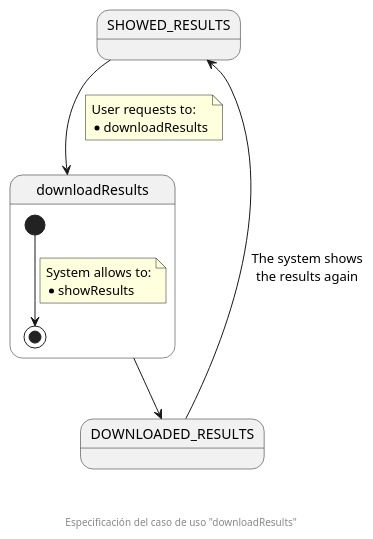
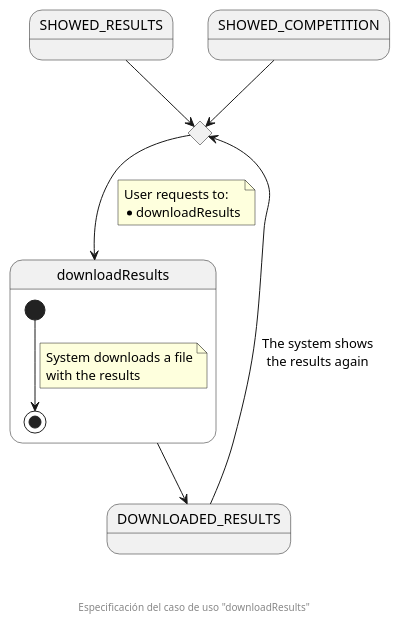
One commit to zuldare/mastercloud_pfm_halterocms changed the diagram in diagrams/useCasesSpecification/downloadResults.puml. Above: the diagram before and after it, drawn with PlantUML.

```diff
--- a/diagrams/useCasesSpecification/downloadResults.puml
+++ b/diagrams/useCasesSpecification/downloadResults.puml
@@ -1,21 +1,27 @@
 @startuml
 state SHOWED_RESULTS
+state SHOWED_COMPETITION
+state enterDownloadCHC <<choice>>
 state DOWNLOADED_RESULTS
 state downloadResults {
   [*] --> [*]
   note on link
-    System allows to:
-    * showResults
+    System downloads a file
+    with the results
   end note
 }
 
-SHOWED_RESULTS --> downloadResults
+SHOWED_RESULTS --> enterDownloadCHC
+SHOWED_COMPETITION --> enterDownloadCHC
+
+enterDownloadCHC --> downloadResults
 note on link
   User requests to:
   * downloadResults
 end note
+
 downloadResults --> DOWNLOADED_RESULTS
-DOWNLOADED_RESULTS --> SHOWED_RESULTS : The system shows\nthe results again
+DOWNLOADED_RESULTS --> enterDownloadCHC : The system shows\nthe results again
 
 footer \n\n\n Especificación del caso de uso "downloadResults"
 @enduml
```
